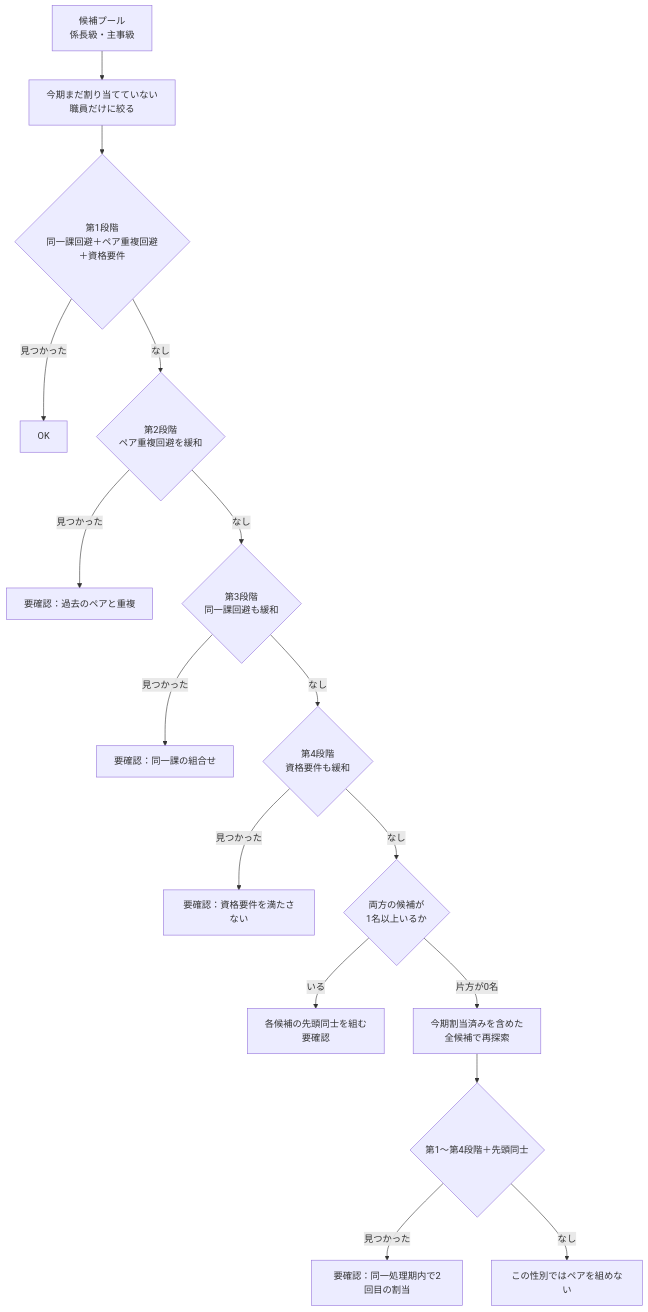
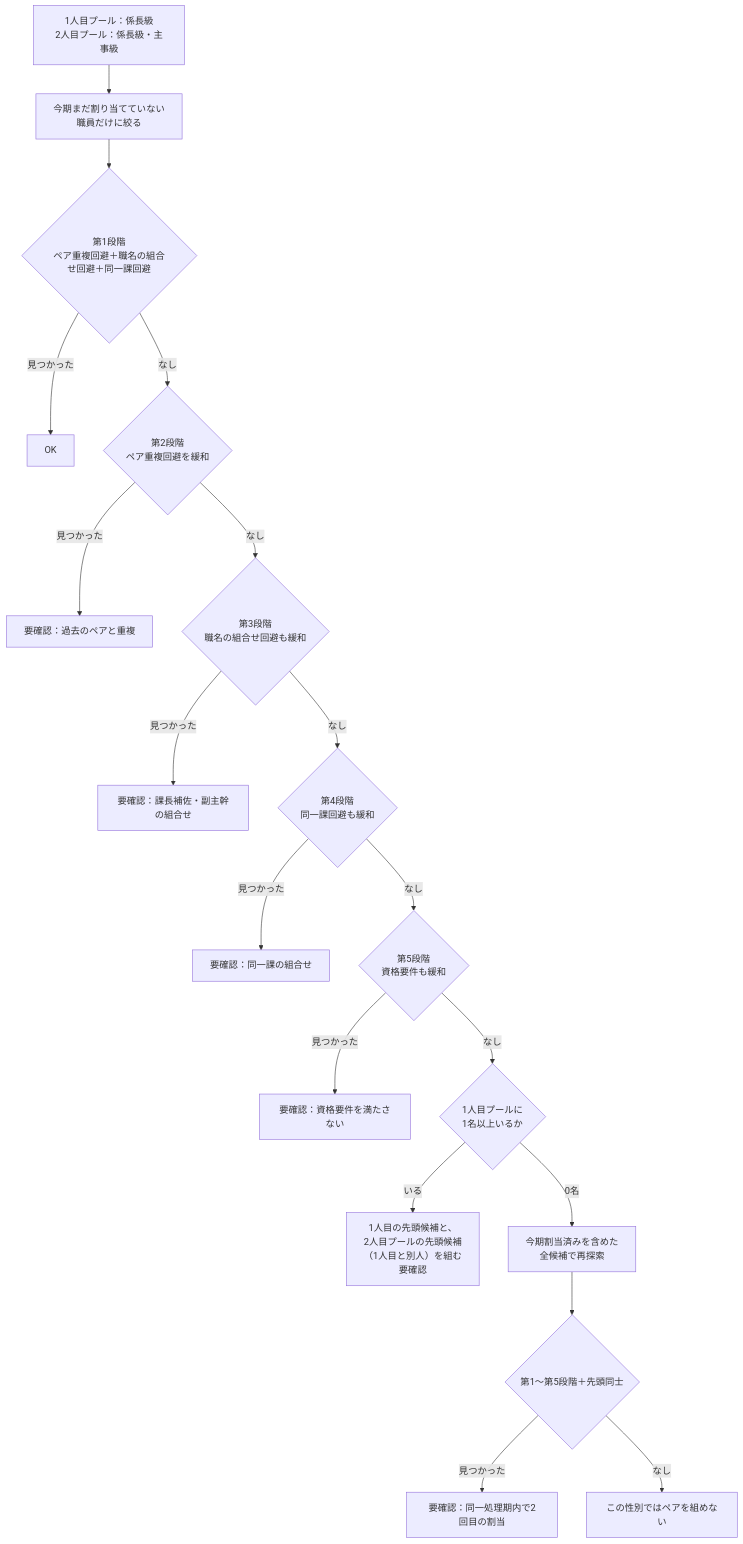
Before and after one commit to Yusei0003/2000: the fourth of 4 diagrams in docs/勤務表作成フロー.md, drawn with Mermaid. The commit also changed other lines of this file and 6 other files, not shown here.

````diff
--- a/docs/勤務表作成フロー.md
+++ b/docs/勤務表作成フロー.md
@@ -119,18 +120,20 @@
 ```mermaid
 flowchart TD
-    A[候補プール<br/>係長級・主事級] --> B[今期まだ割り当てていない<br/>職員だけに絞る]
-    B --> C{第1段階<br/>同一課回避＋ペア重複回避＋資格要件}
+    A[1人目プール：係長級<br/>2人目プール：係長級・主事級] --> B[今期まだ割り当てていない<br/>職員だけに絞る]
+    B --> C{第1段階<br/>ペア重複回避＋職名の組合せ回避＋同一課回避}
     C -->|見つかった| C1[OK]
     C -->|なし| D{第2段階<br/>ペア重複回避を緩和}
     D -->|見つかった| D1[要確認：過去のペアと重複]
-    D -->|なし| E{第3段階<br/>同一課回避も緩和}
-    E -->|見つかった| E1[要確認：同一課の組合せ]
-    E -->|なし| F{第4段階<br/>資格要件も緩和}
-    F -->|見つかった| F1[要確認：資格要件を満たさない]
-    F -->|なし| G{両方の候補が<br/>1名以上いるか}
-    G -->|いる| G1[各候補の先頭同士を組む<br/>要確認]
-    G -->|片方が0名| H[今期割当済みを含めた<br/>全候補で再探索]
-    H --> I{第1〜第4段階＋先頭同士}
-    I -->|見つかった| I1[要確認：同一処理期内で2回目の割当]
-    I -->|なし| J[この性別ではペアを組めない]
+    D -->|なし| E{第3段階<br/>職名の組合せ回避も緩和}
+    E -->|見つかった| E1[要確認：課長補佐・副主幹の組合せ]
+    E -->|なし| F{第4段階<br/>同一課回避も緩和}
+    F -->|見つかった| F1[要確認：同一課の組合せ]
+    F -->|なし| G{第5段階<br/>資格要件も緩和}
+    G -->|見つかった| G1[要確認：資格要件を満たさない]
+    G -->|なし| H{1人目プールに<br/>1名以上いるか}
+    H -->|いる| H1[1人目の先頭候補と、<br/>2人目プールの先頭候補<br/>（1人目と別人）を組む<br/>要確認]
+    H -->|0名| I[今期割当済みを含めた<br/>全候補で再探索]
+    I --> J{第1〜第5段階＋先頭同士}
+    J -->|見つかった| J1[要確認：同一処理期内で2回目の割当]
+    J -->|なし| K[この性別ではペアを組めない]
 ```
````
